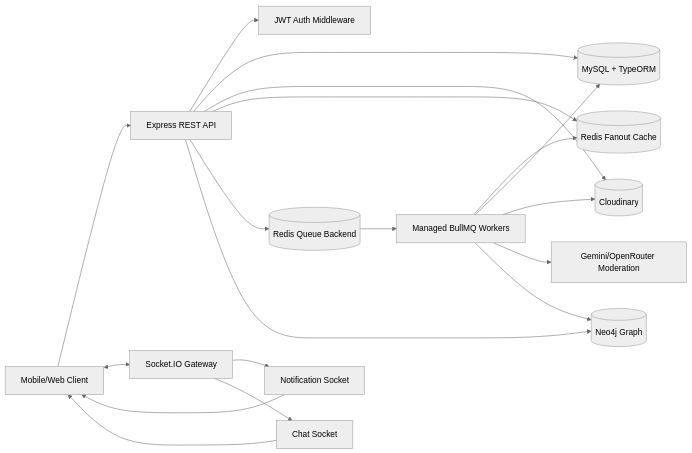
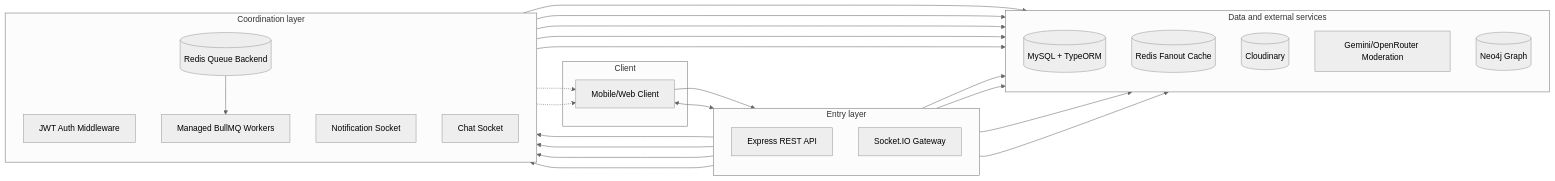
One commit to dtbackjisu209/SMedia-Backend changed the first of 13 diagrams in README.ja.md. Above: the diagram before and after it, drawn with Mermaid (neutral theme). The commit also changed other lines of this file and 1 other file, not shown here.

Commit message:
docs(readme): add bilingual README and simplify diagrams

````diff
--- a/README.ja.md
+++ b/README.ja.md
@@ -56,24 +56,52 @@
 ```mermaid
 flowchart LR
-    Client[Mobile/Web Client] --> API[Express REST API]
-    Client <--> Socket[Socket.IO Gateway]
+    subgraph ClientLayer[Client]
+        Client[Mobile/Web Client]
+    end
 
-    API --> Auth[JWT Auth Middleware]
-    API --> MySQL[(MySQL + TypeORM)]
-    API --> Cloudinary[(Cloudinary)]
-    API --> RedisFanout[(Redis Fanout Cache)]
-    API --> RedisQueue[(Redis Queue Backend)]
-    API --> Neo4j[(Neo4j Graph)]
+    subgraph EntryLayer[Entry layer]
+        direction TB
+        API[Express REST API]
+        Socket[Socket.IO Gateway]
+    end
 
-    RedisQueue --> BullMQ[Managed BullMQ Workers]
+    subgraph CoordinationLayer[Coordination layer]
+        direction TB
+        Auth[JWT Auth Middleware]
+        RedisQueue[(Redis Queue Backend)]
+        BullMQ[Managed BullMQ Workers]
+        Notification[Notification Socket]
+        Chat[Chat Socket]
+    end
+
+    subgraph ServiceLayer[Data and external services]
+        direction TB
+        MySQL[(MySQL + TypeORM)]
+        RedisFanout[(Redis Fanout Cache)]
+        Cloudinary[(Cloudinary)]
+        AI[Gemini/OpenRouter Moderation]
+        Neo4j[(Neo4j Graph)]
+    end
+
+    Client --> API
+    Client <--> Socket
+
+    API --> Auth
+    API --> RedisQueue
+    API --> MySQL
+    API --> RedisFanout
+    API --> Cloudinary
+    API --> Neo4j
+
+    RedisQueue --> BullMQ
+    BullMQ --> MySQL
     BullMQ --> RedisFanout
-    BullMQ --> MySQL
     BullMQ --> Cloudinary
-    BullMQ --> AI[Gemini/OpenRouter Moderation]
+    BullMQ --> AI
     BullMQ --> Neo4j
 
-    Socket --> Notification[Notification Socket]
-    Socket --> Chat[Chat Socket]
-    Notification --> Client
-    Chat --> Client
+    Socket --> Notification
+    Socket --> Chat
+    Notification -.-> Client
+    Chat -.-> Client
 ```
````
